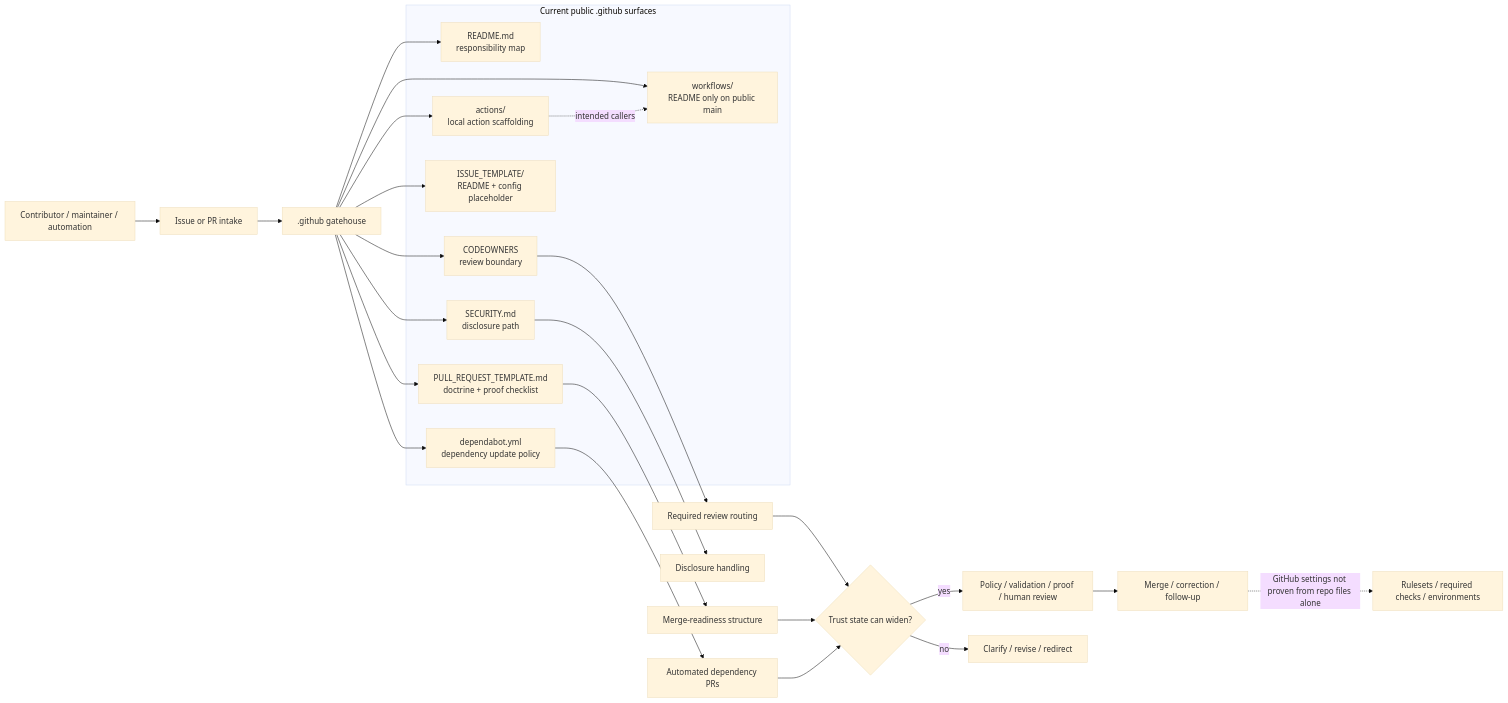
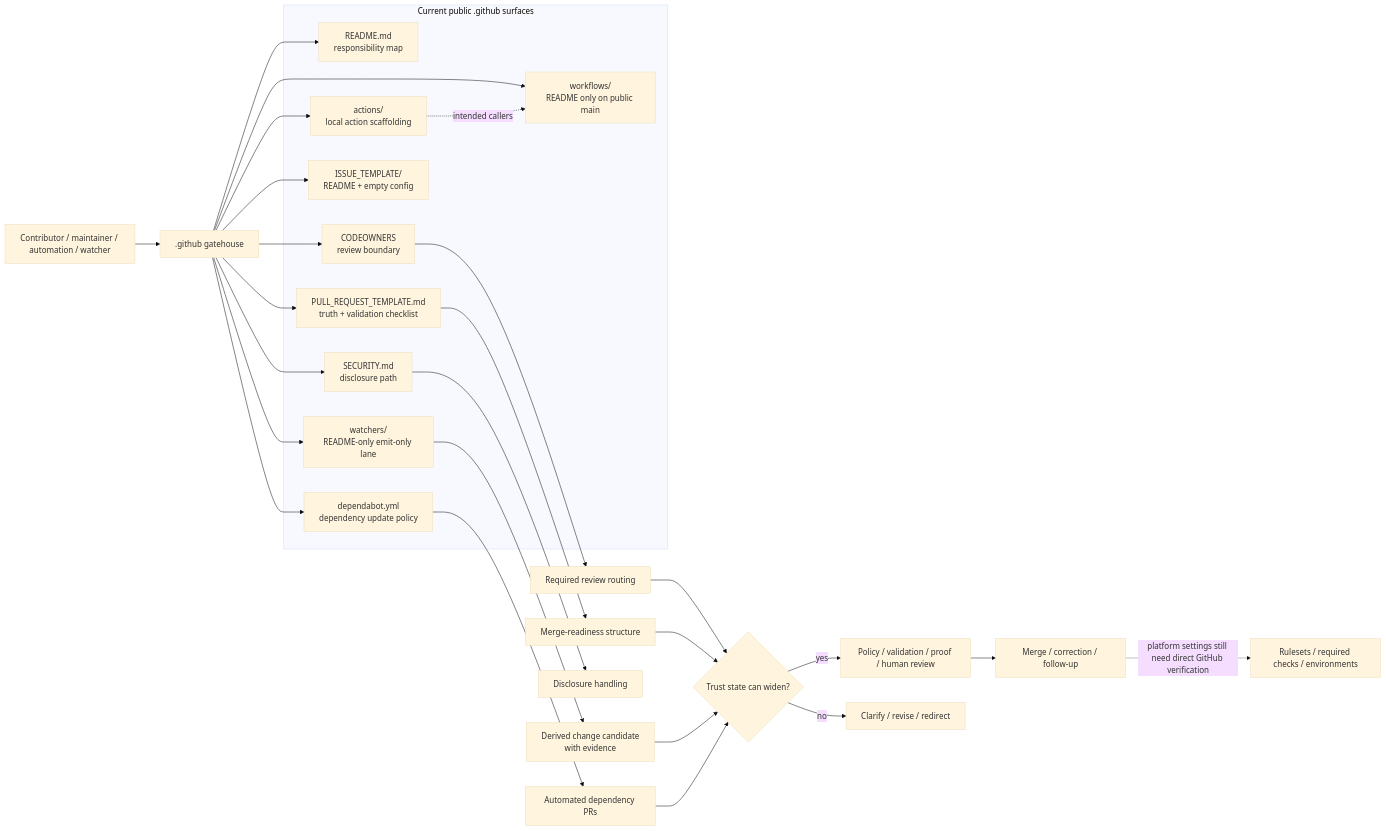
The diagram in .github/README.md (bartytime4life/Kansas-Frontier-Matrix), drawn with Mermaid (base theme) before and after one commit. The commit also changed other lines of this file, not shown here.

First line of the commit message:
Revise README to include watchers and update details

````diff
--- a/.github/README.md
+++ b/.github/README.md
@@ -304,41 +333,44 @@
 ```mermaid
 flowchart LR
-    A[Contributor / maintainer / automation] --> B[Issue or PR intake]
-    B --> C[.github gatehouse]
+    A[Contributor / maintainer / automation / watcher] --> B[.github gatehouse]
 
     subgraph G["Current public .github surfaces"]
       G1["README.md<br/>responsibility map"]
       G2["CODEOWNERS<br/>review boundary"]
-      G3["PULL_REQUEST_TEMPLATE.md<br/>doctrine + proof checklist"]
-      G4["ISSUE_TEMPLATE/<br/>README + config placeholder"]
+      G3["PULL_REQUEST_TEMPLATE.md<br/>truth + validation checklist"]
+      G4["ISSUE_TEMPLATE/<br/>README + empty config"]
       G5["actions/<br/>local action scaffolding"]
-      G6["workflows/<br/>README only on public main"]
-      G7["dependabot.yml<br/>dependency update policy"]
-      G8["SECURITY.md<br/>disclosure path"]
+      G6["watchers/<br/>README-only emit-only lane"]
+      G7["workflows/<br/>README only on public main"]
+      G8["dependabot.yml<br/>dependency update policy"]
+      G9["SECURITY.md<br/>disclosure path"]
     end
 
-    C --> G1
-    C --> G2
-    C --> G3
-    C --> G4
-    C --> G5
-    C --> G6
-    C --> G7
-    C --> G8
+    B --> G1
+    B --> G2
+    B --> G3
+    B --> G4
+    B --> G5
+    B --> G6
+    B --> G7
+    B --> G8
+    B --> G9
 
     G2 --> H[Required review routing]
     G3 --> I[Merge-readiness structure]
-    G5 -. intended callers .-> G6
-    G7 --> J[Automated dependency PRs]
-    G8 --> K[Disclosure handling]
+    G5 -. intended callers .-> G7
+    G6 --> J[Derived change candidate<br/>with evidence]
+    G8 --> K[Automated dependency PRs]
+    G9 --> L[Disclosure handling]
 
-    H --> L{Trust state can widen?}
-    I --> L
-    J --> L
+    H --> M{Trust state can widen?}
+    I --> M
+    J --> M
+    K --> M
 
-    L -->|yes| M[Policy / validation / proof / human review]
-    L -->|no| N[Clarify / revise / redirect]
+    M -->|yes| N[Policy / validation / proof / human review]
+    M -->|no| O[Clarify / revise / redirect]
 
-    M --> O[Merge / correction / follow-up]
-    O -. GitHub settings not proven from repo files alone .-> P[Rulesets / required checks / environments]
+    N --> P[Merge / correction / follow-up]
+    P -. platform settings still need direct GitHub verification .-> Q[Rulesets / required checks / environments]
 ```
````
